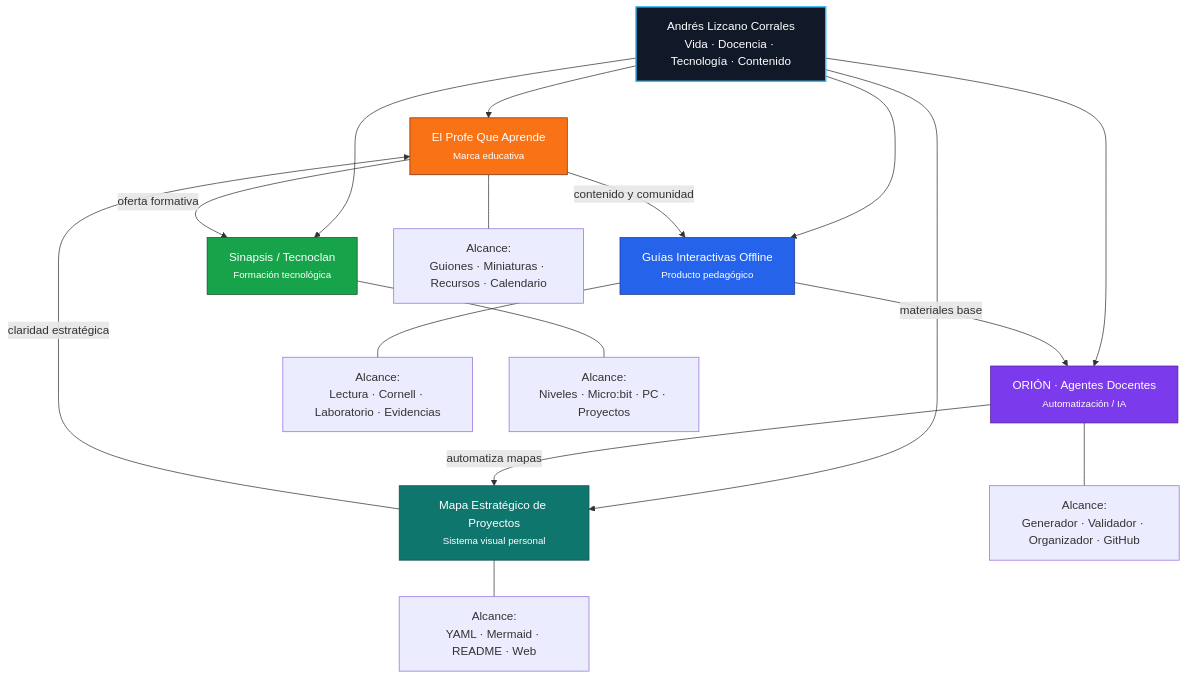
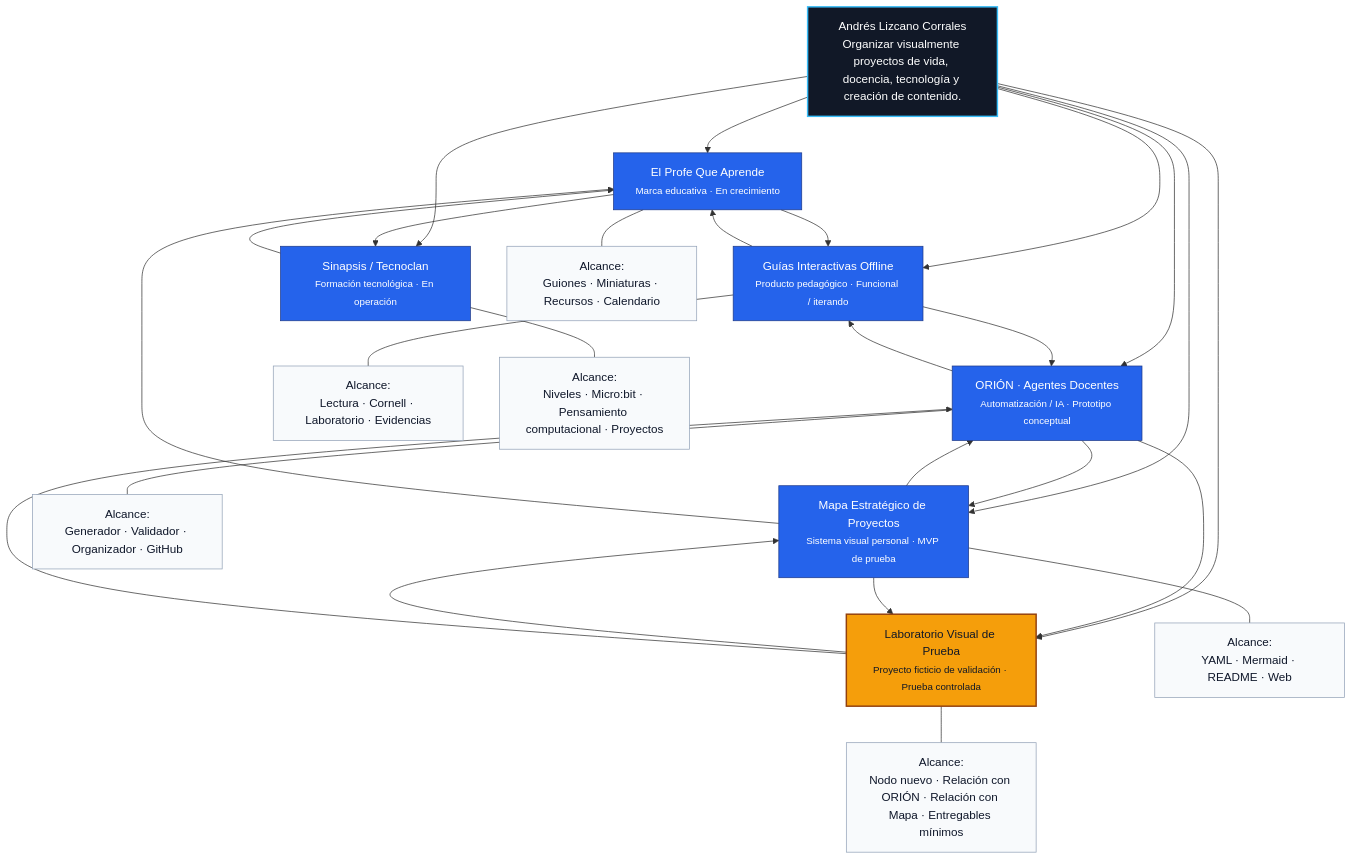
Before and after one commit to Anfaliz1703/Mapa-Estrategico-de-Proyectos: the diagram in README.md, drawn with Mermaid. The commit also changed other lines of this file, not shown here.

Commit message:
docs: reflejar proyecto de prueba en README

````diff
--- a/README.md
+++ b/README.md
@@ -9,29 +9,37 @@
 ```mermaid
 flowchart TD
-    A["Andrés Lizcano Corrales<br/>Vida · Docencia · Tecnología · Contenido"]:::center
+    CENTRO["Andrés Lizcano Corrales<br/>Organizar visualmente proyectos de vida, docencia, tecnología y creación de contenido."]:::center
 
-    A --> EPQA["El Profe Que Aprende<br/><small>Marca educativa</small>"]:::brand
-    A --> GUIAS["Guías Interactivas Offline<br/><small>Producto pedagógico</small>"]:::education
-    A --> ORION["ORIÓN · Agentes Docentes<br/><small>Automatización / IA</small>"]:::ai
-    A --> SINAPSIS["Sinapsis / Tecnoclan<br/><small>Formación tecnológica</small>"]:::business
-    A --> MAPA["Mapa Estratégico de Proyectos<br/><small>Sistema visual personal</small>"]:::system
+    CENTRO --> EPQA["El Profe Que Aprende<br/><small>Marca educativa · En crecimiento</small>"]:::project
+    CENTRO --> GUIAS_INTERACTIVAS["Guías Interactivas Offline<br/><small>Producto pedagógico · Funcional / iterando</small>"]:::project
+    CENTRO --> ORION_AGENTES["ORIÓN · Agentes Docentes<br/><small>Automatización / IA · Prototipo conceptual</small>"]:::project
+    CENTRO --> SINAPSIS["Sinapsis / Tecnoclan<br/><small>Formación tecnológica · En operación</small>"]:::project
+    CENTRO --> MAPA_ESTRATEGICO["Mapa Estratégico de Proyectos<br/><small>Sistema visual personal · MVP de prueba</small>"]:::project
+    CENTRO --> LABORATORIO_VISUAL_PRUEBA["Laboratorio Visual de Prueba<br/><small>Proyecto ficticio de validación · Prueba controlada</small>"]:::test
 
-    EPQA -->|contenido y comunidad| GUIAS
-    EPQA -->|oferta formativa| SINAPSIS
-    GUIAS -->|materiales base| ORION
-    ORION -->|automatiza mapas| MAPA
-    MAPA -->|claridad estratégica| EPQA
+    EPQA --- EPQA_A["Alcance:<br/>Guiones · Miniaturas · Recursos · Calendario"]:::scope
+    GUIAS_INTERACTIVAS --- GUIAS_A["Alcance:<br/>Lectura · Cornell · Laboratorio · Evidencias"]:::scope
+    ORION_AGENTES --- ORION_A["Alcance:<br/>Generador · Validador · Organizador · GitHub"]:::scope
+    SINAPSIS --- SINAPSIS_A["Alcance:<br/>Niveles · Micro:bit · Pensamiento computacional · Proyectos"]:::scope
+    MAPA_ESTRATEGICO --- MAPA_A["Alcance:<br/>YAML · Mermaid · README · Web"]:::scope
+    LABORATORIO_VISUAL_PRUEBA --- LAB_A["Alcance:<br/>Nodo nuevo · Relación con ORIÓN · Relación con Mapa · Entregables mínimos"]:::scope
 
-    EPQA --- EPQA_A["Alcance:<br/>Guiones · Miniaturas · Recursos · Calendario"]
-    GUIAS --- GUIAS_A["Alcance:<br/>Lectura · Cornell · Laboratorio · Evidencias"]
-    ORION --- ORION_A["Alcance:<br/>Generador · Validador · Organizador · GitHub"]
-    SINAPSIS --- SINAPSIS_A["Alcance:<br/>Niveles · Micro:bit · PC · Proyectos"]
-    MAPA --- MAPA_A["Alcance:<br/>YAML · Mermaid · README · Web"]
+    EPQA --> GUIAS_INTERACTIVAS
+    EPQA --> SINAPSIS
+    GUIAS_INTERACTIVAS --> ORION_AGENTES
+    GUIAS_INTERACTIVAS --> EPQA
+    ORION_AGENTES --> GUIAS_INTERACTIVAS
+    ORION_AGENTES --> MAPA_ESTRATEGICO
+    ORION_AGENTES --> LABORATORIO_VISUAL_PRUEBA
+    SINAPSIS --> EPQA
+    MAPA_ESTRATEGICO --> ORION_AGENTES
+    MAPA_ESTRATEGICO --> EPQA
+    MAPA_ESTRATEGICO --> LABORATORIO_VISUAL_PRUEBA
+    LABORATORIO_VISUAL_PRUEBA --> MAPA_ESTRATEGICO
+    LABORATORIO_VISUAL_PRUEBA --> ORION_AGENTES
 
     classDef center fill:#111827,stroke:#38bdf8,color:#ffffff,stroke-width:2px;
-    classDef brand fill:#f97316,stroke:#7c2d12,color:#ffffff;
-    classDef education fill:#2563eb,stroke:#1e3a8a,color:#ffffff;
-    classDef ai fill:#7c3aed,stroke:#4c1d95,color:#ffffff;
-    classDef business fill:#16a34a,stroke:#14532d,color:#ffffff;
-    classDef system fill:#0f766e,stroke:#134e4a,color:#ffffff;
+    classDef project fill:#2563eb,stroke:#1e3a8a,color:#ffffff;
+    classDef test fill:#f59e0b,stroke:#92400e,color:#111827,stroke-width:2px;
+    classDef scope fill:#f8fafc,stroke:#94a3b8,color:#0f172a;
 ```
````
